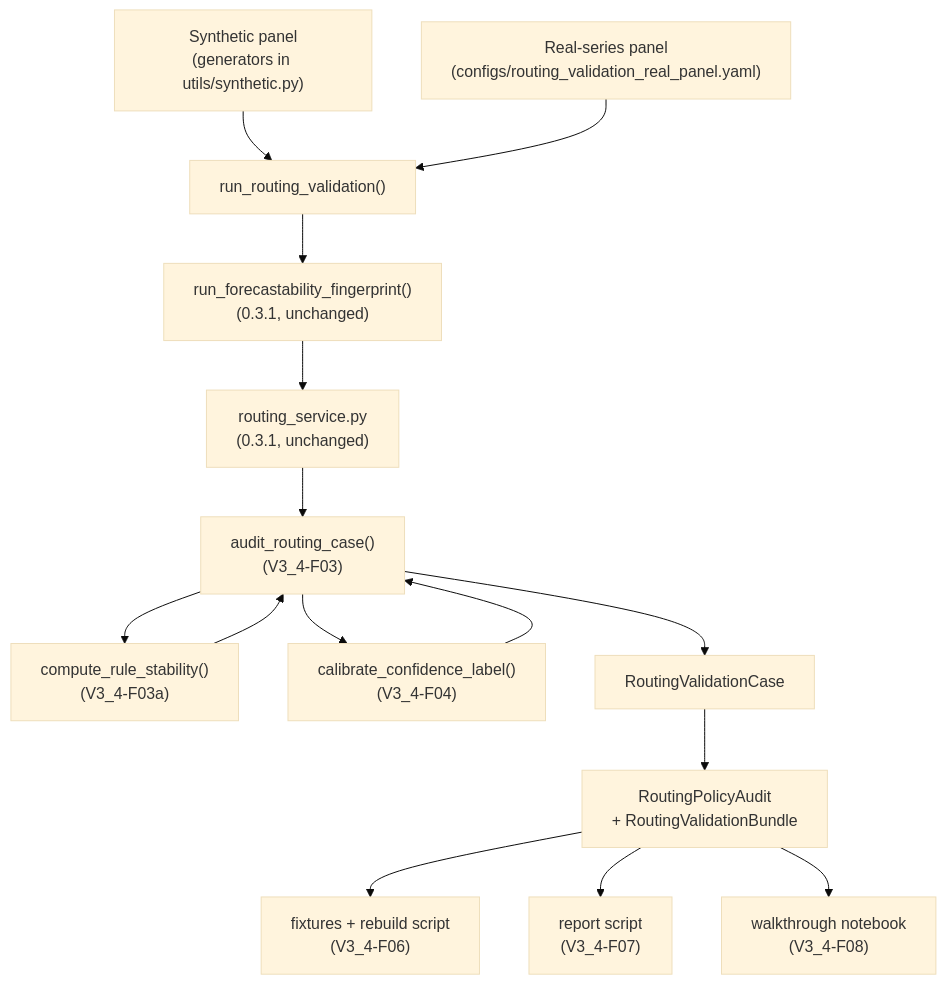
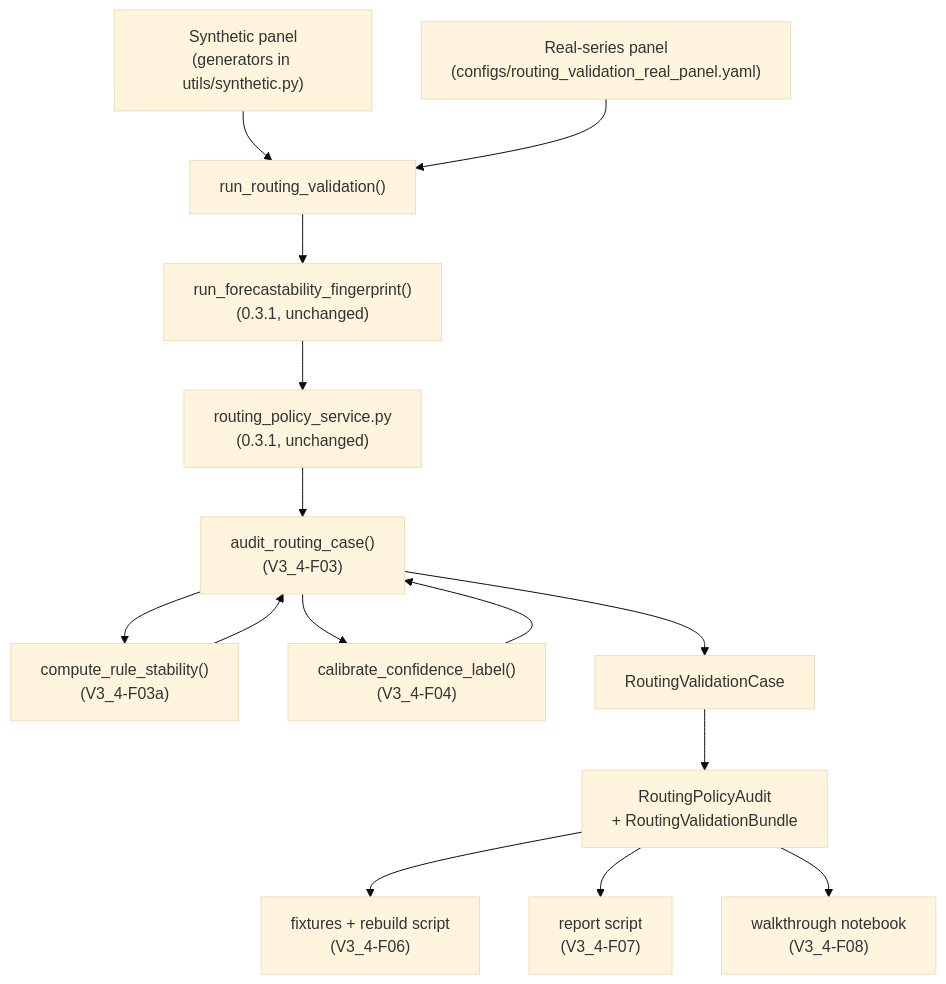
Before and after one commit to AdamKrysztopa/dependence-forecastability: the diagram in docs/plan/v0_3_3_routing_validation_benchmark_hardening_plan.md, drawn with Mermaid (base theme). The commit also changed other lines of this file, not shown here.

First line of the commit message:
Enhance routing validation benchmark hardening plan for v0.3.3

````diff
--- a/docs/plan/v0_3_3_routing_validation_benchmark_hardening_plan.md
+++ b/docs/plan/v0_3_3_routing_validation_benchmark_hardening_plan.md
@@ -1254,17 +1540,17 @@
 ```mermaid
 flowchart TD
     A["Synthetic panel\n(generators in utils/synthetic.py)"] --> O["run_routing_validation()"]
     B["Real-series panel\n(configs/routing_validation_real_panel.yaml)"] --> O
     O --> C["run_forecastability_fingerprint()\n(0.3.1, unchanged)"]
-    C --> D["routing_service.py\n(0.3.1, unchanged)"]
+    C --> D["routing_policy_service.py\n(0.3.1, unchanged)"]
     D --> E["audit_routing_case()\n(V3_4-F03)"]
     E --> F["compute_rule_stability()\n(V3_4-F03a)"]
     E --> G["calibrate_confidence_label()\n(V3_4-F04)"]
     F --> E
     G --> E
     E --> H["RoutingValidationCase"]
     H --> I["RoutingPolicyAudit\n+ RoutingValidationBundle"]
     I --> J["fixtures + rebuild script\n(V3_4-F06)"]
     I --> K["report script\n(V3_4-F07)"]
     I --> L["walkthrough notebook\n(V3_4-F08)"]
 ```
````
